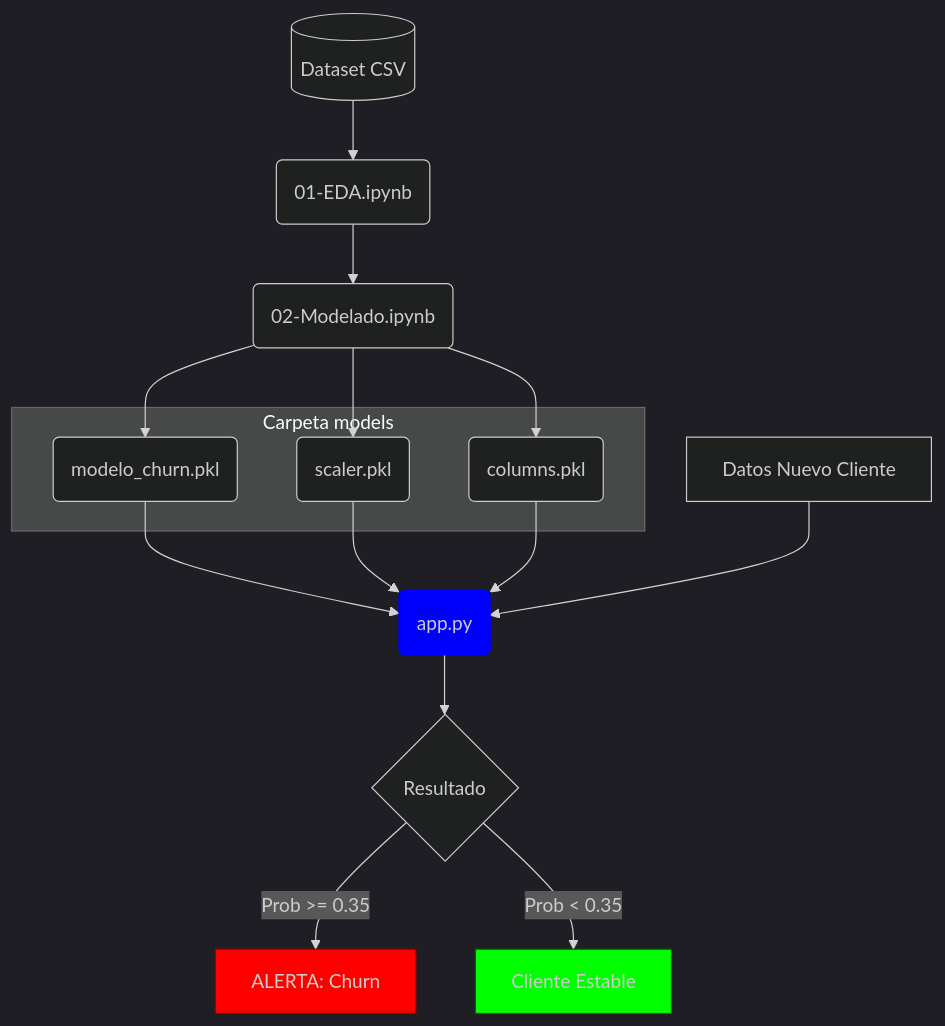
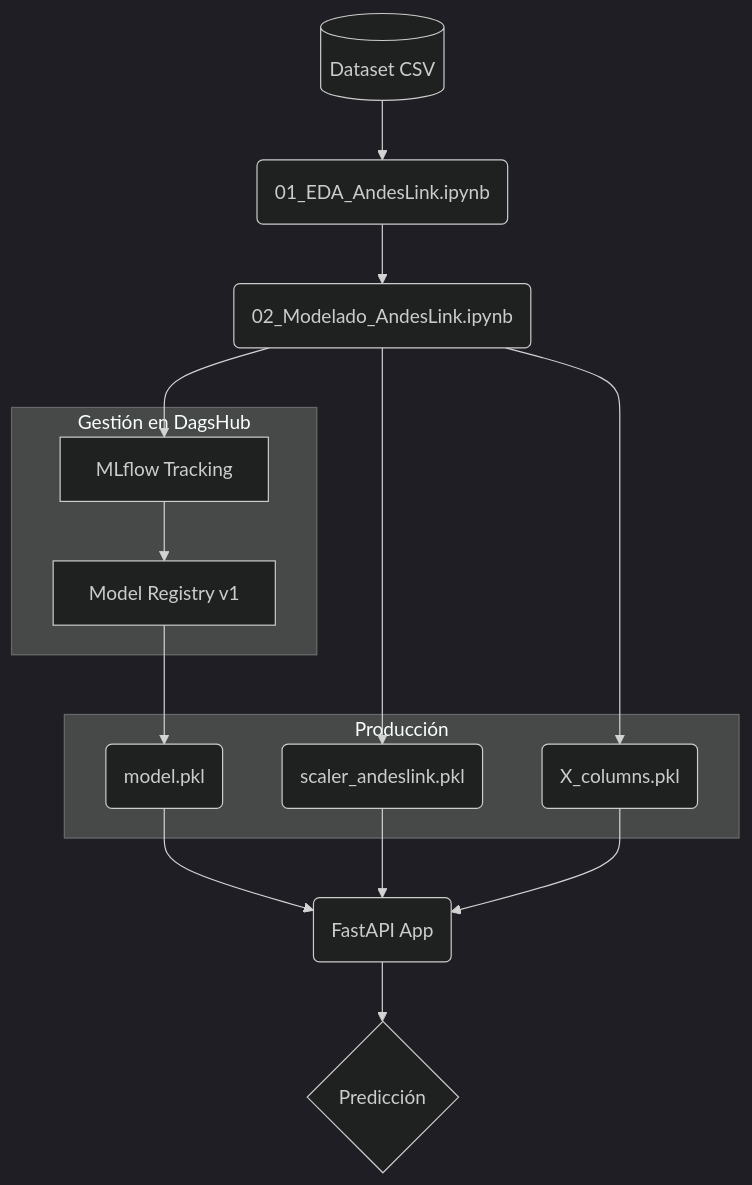
The diagram in README.md (JuanManuelResquin84/Portafolio_03_Proyecto_AndesLink_MLOps), drawn with Mermaid before and after one commit. The commit also changed other lines of this file and 1 other file, not shown here.

````diff
--- a/README.md
+++ b/README.md
@@ -23,61 +26,28 @@
 ```mermaid
 
 %%{init: {'theme': 'dark'}}%%
-
 graph TD
-
-    %% Flujo Principal
-
-    DATA[(Dataset CSV)] --> EDA(01-EDA.ipynb)
-
-    EDA --> MODEL(02-Modelado.ipynb)
-
-   
-
-    %% Guardado de Archivos
-
-    subgraph Modelos [Carpeta models]
-
-        P1(modelo_churn.pkl)
-
-        P2(scaler.pkl)
-
-        P3(columns.pkl)
-
+    DATA[(Dataset CSV)] --> EDA(01_EDA_AndesLink.ipynb)
+    EDA --> MODEL(02_Modelado_AndesLink.ipynb)
+    
+    subgraph MLOps_Stack [Gestión en DagsHub]
+        TRACK[MLflow Tracking]
+        REG[Model Registry v1]
     end
-
-    MODEL --> P1
-
+    
+    MODEL --> TRACK
+    TRACK --> REG
+    
+    subgraph Artefactos [Producción]
+        P1(model.pkl)
+        P2(scaler_andeslink.pkl)
+        P3(X_columns.pkl)
+    end
+    
+    REG --> P1
     MODEL --> P2
-
     MODEL --> P3
 
-
-
-    %% Proceso de Inferencia
-
-    P1 & P2 & P3 --> APP(app.py)
-
-    CLIENTE[Datos Nuevo Cliente] --> APP
-
-   
-
-    %% Decisiones
-
-    APP --> RES{Resultado}
-
-    RES -->|Prob >= 0.35| ALERTA[ALERTA: Churn]
-
-    RES -->|Prob < 0.35| OK[Cliente Estable]
-
-
-
-    %% Colores para resaltar
-
-    style ALERTA fill:#ff0000,stroke:#900
-
-    style OK fill:#00ff00,stroke:#060
-
-    style APP fill:#0000ff,stroke:#00f
-
+    P1 & P2 & P3 --> API(FastAPI App)
+    API --> RES{Predicción}
 ```
````
